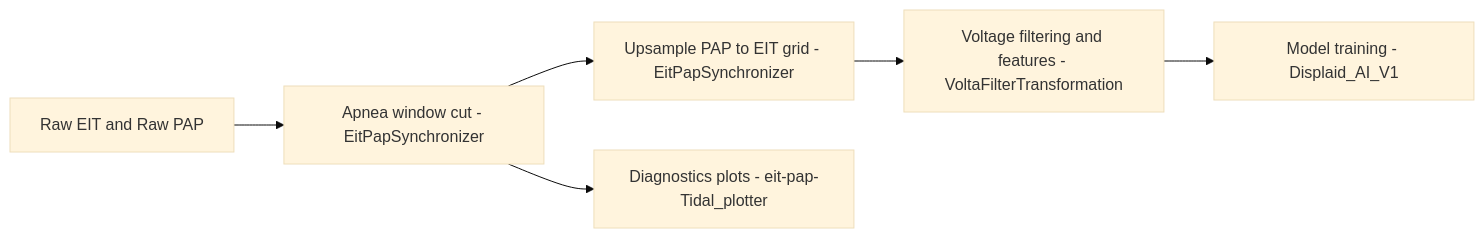
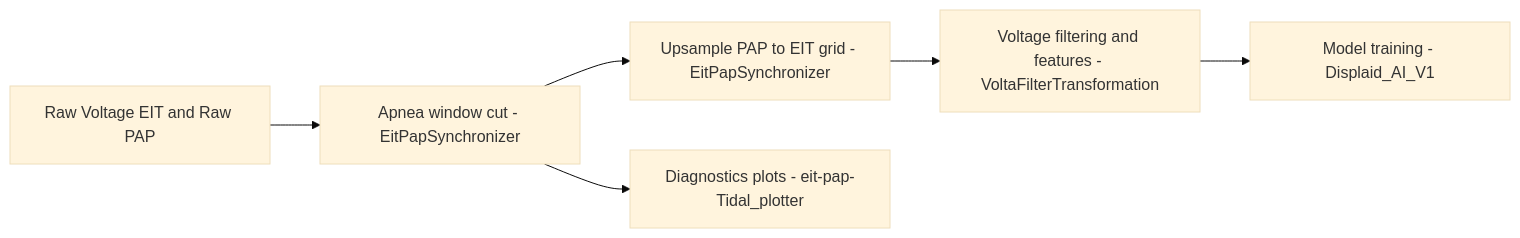
Before and after one commit to ccfbeltran/Displaid_AI: the diagram in README.md, drawn with Mermaid (base theme). The commit also changed other lines of this file and 7 other files, not shown here.

````diff
--- a/README.md
+++ b/README.md
@@ -10,8 +10,9 @@
 ```mermaid
 graph LR
-    A[Raw EIT and Raw PAP] --> B[Apnea window cut - EitPapSynchronizer]
+    A[Raw Voltage EIT and Raw PAP] --> B[Apnea window cut - EitPapSynchronizer]  
     B --> C[Upsample PAP to EIT grid - EitPapSynchronizer]
     C --> D[Voltage filtering and features - VoltaFilterTransformation]
     D --> E[Model training - Displaid_AI_V1]
     B --> F[Diagnostics plots - eit-pap-Tidal_plotter]
-``` 
+    
+```
````
